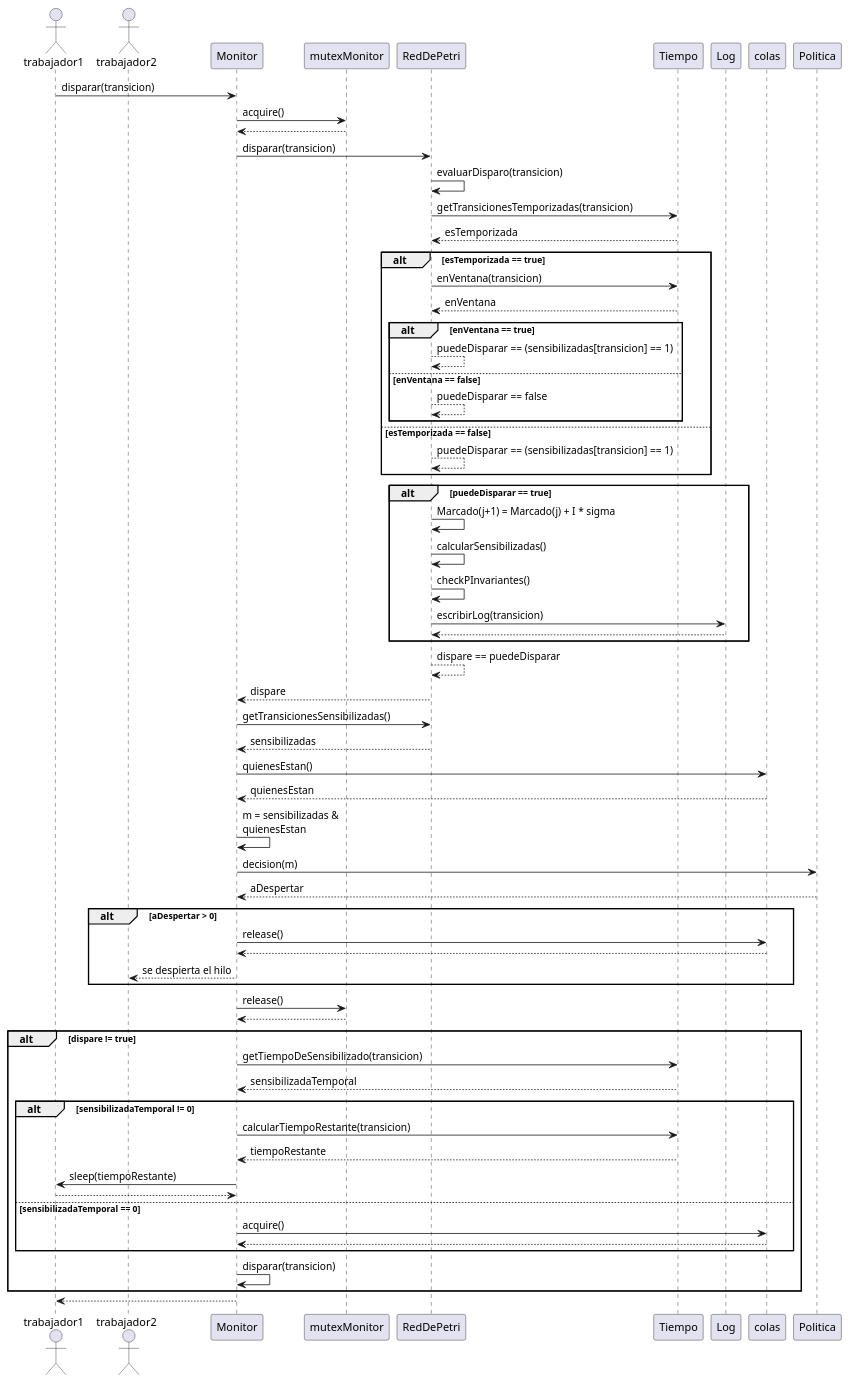
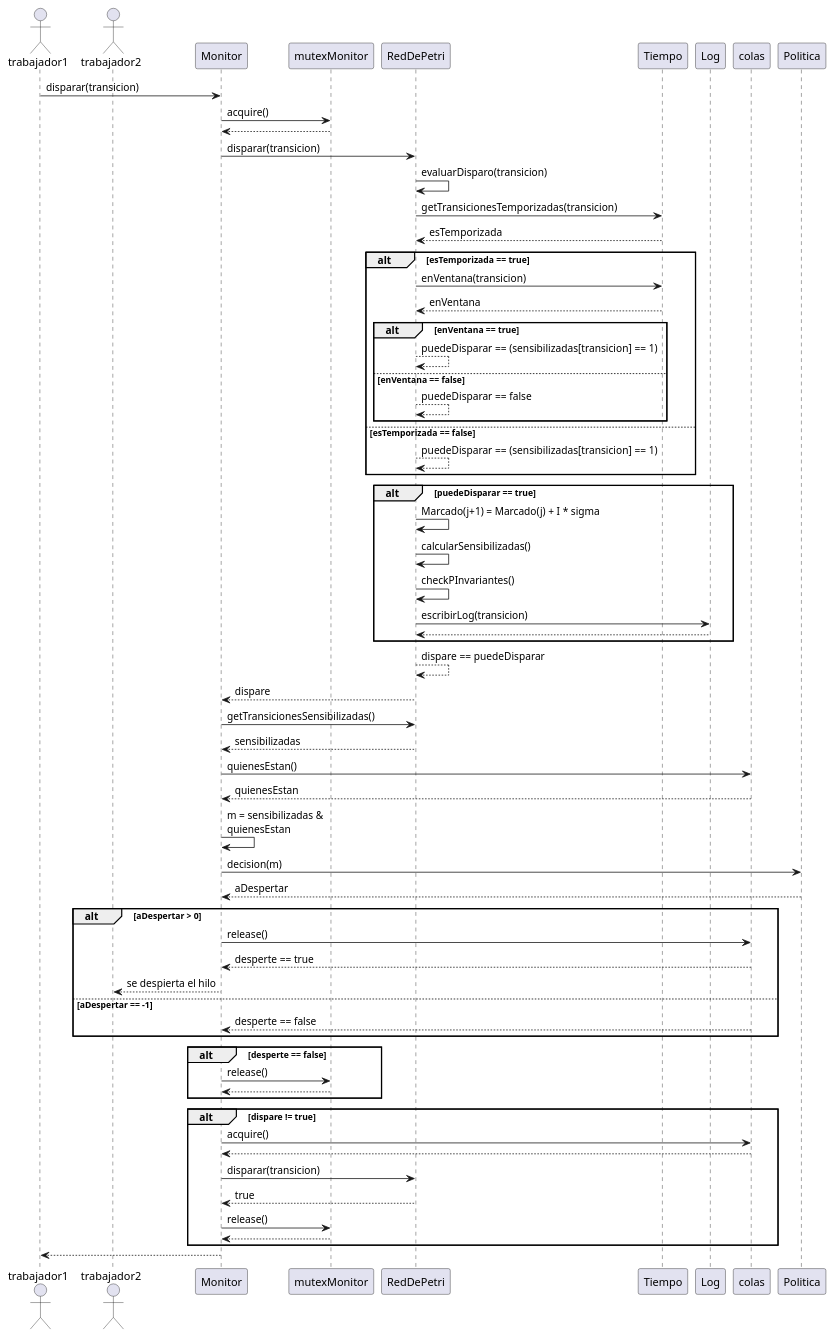
The diagram in doc/diagramas/secuencia.puml (frandaniele/TP_Concurrente), drawn with PlantUML before and after one commit. The commit also changed 1 other file, not shown here.

Commit message:
doc: update diagrams

```diff
--- a/doc/diagramas/secuencia.puml
+++ b/doc/diagramas/secuencia.puml
@@ -1,84 +1,79 @@
 @startuml secuencia
 
 actor trabajador1 
 actor trabajador2 
 
 trabajador1 -> Monitor: disparar(transicion)
 
 Monitor -> mutexMonitor: acquire()
 mutexMonitor --> Monitor
 
 Monitor -> RedDePetri: disparar(transicion)
 
 RedDePetri -> RedDePetri: evaluarDisparo(transicion)
 
 RedDePetri -> Tiempo: getTransicionesTemporizadas(transicion)
 Tiempo --> RedDePetri: esTemporizada
 
 alt esTemporizada == true
     RedDePetri -> Tiempo: enVentana(transicion)
     Tiempo --> RedDePetri: enVentana
 
     alt enVentana == true
         RedDePetri --> RedDePetri: puedeDisparar == (sensibilizadas[transicion] == 1)
     else enVentana == false
         RedDePetri --> RedDePetri: puedeDisparar == false
     end
 else esTemporizada == false
     RedDePetri --> RedDePetri: puedeDisparar == (sensibilizadas[transicion] == 1)
 end
 
 alt puedeDisparar == true
     RedDePetri -> RedDePetri: Marcado(j+1) = Marcado(j) + I * sigma
     RedDePetri -> RedDePetri: calcularSensibilizadas()
     RedDePetri -> RedDePetri: checkPInvariantes()
 
     RedDePetri -> Log: escribirLog(transicion)
     Log --> RedDePetri
 end
 
 RedDePetri --> RedDePetri: dispare == puedeDisparar
 
 RedDePetri --> Monitor: dispare
 
 Monitor -> RedDePetri: getTransicionesSensibilizadas()
 RedDePetri --> Monitor: sensibilizadas
 
 Monitor -> colas: quienesEstan()
 colas --> Monitor: quienesEstan
 
 Monitor -> Monitor: m = sensibilizadas & \nquienesEstan
 
 Monitor -> Politica: decision(m)
 Politica --> Monitor: aDespertar
 
 alt aDespertar > 0
     Monitor -> colas: release()
-    colas --> Monitor
+    colas --> Monitor: desperte == true
     Monitor --> trabajador2: se despierta el hilo
+else aDespertar == -1
+    colas --> Monitor: desperte == false
 end
 
+alt desperte == false
 Monitor -> mutexMonitor: release()
 mutexMonitor --> Monitor
+end
 
 alt dispare != true
-    Monitor -> Tiempo: getTiempoDeSensibilizado(transicion)
-    Tiempo --> Monitor: sensibilizadaTemporal
-
-    alt sensibilizadaTemporal != 0
-        Monitor -> Tiempo: calcularTiempoRestante(transicion)
-        Tiempo --> Monitor: tiempoRestante
-
-        Monitor -> trabajador1: sleep(tiempoRestante)
-        trabajador1 --> Monitor
-    else sensibilizadaTemporal == 0
-        Monitor -> colas: acquire()
-        colas --> Monitor
-    end
-
-    Monitor -> Monitor: disparar(transicion)
+    Monitor -> colas: acquire()
+    colas --> Monitor
+    Monitor -> RedDePetri: disparar(transicion)
+    RedDePetri --> Monitor: true
+    Monitor -> mutexMonitor: release()
+    mutexMonitor --> Monitor
 end
 
 Monitor --> trabajador1
 
 @enduml
```
